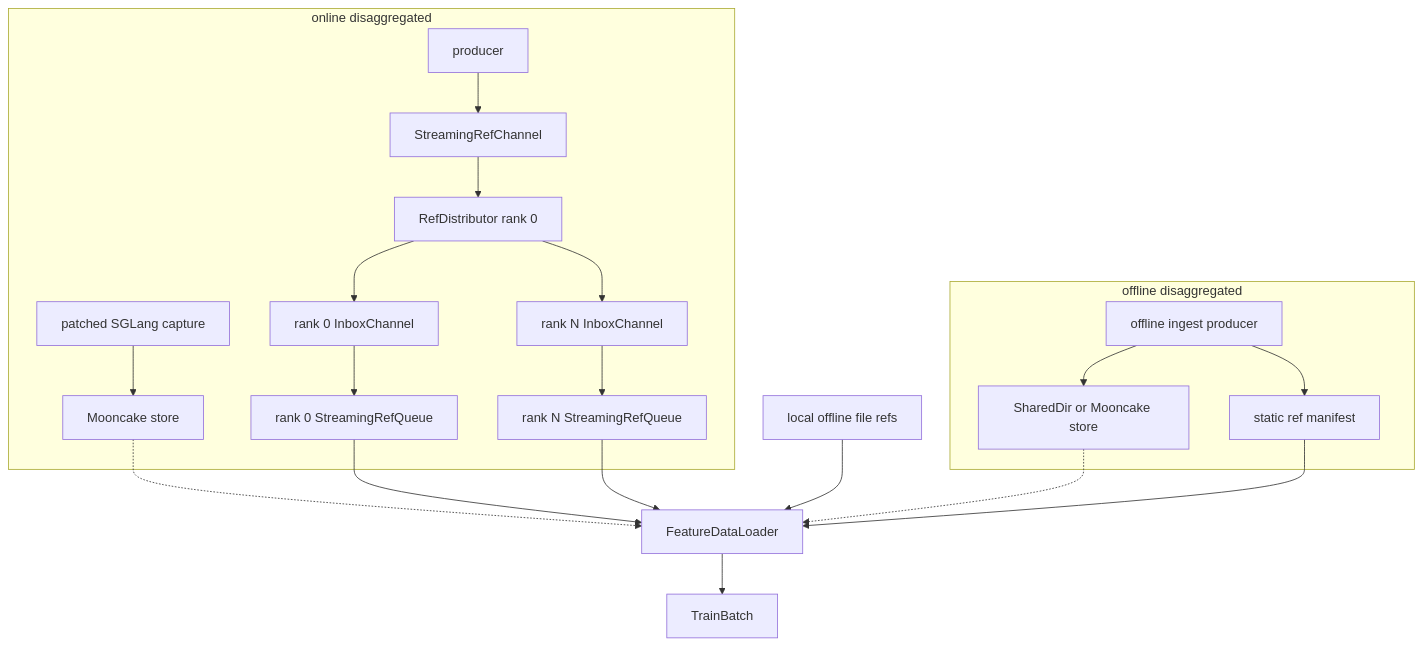
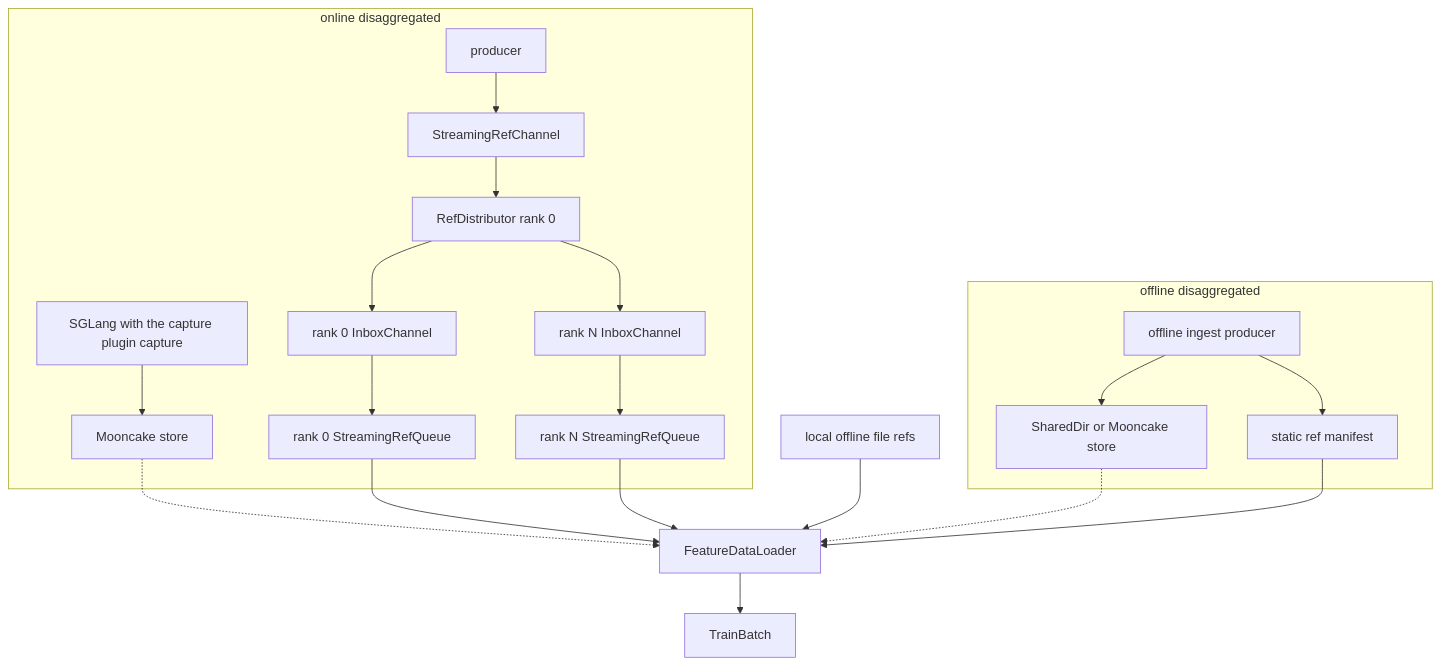
The diagram in specforge/runtime/data_plane/DESIGN.md (sgl-project/SpecForge), drawn with Mermaid before and after one commit. The commit also changed 41 other files, not shown here.

Commit message:
refactor(capture): remove legacy SGLang patch backends

````diff
--- a/specforge/runtime/data_plane/DESIGN.md
+++ b/specforge/runtime/data_plane/DESIGN.md
@@ -20,25 +20,25 @@
 ```mermaid
 flowchart TD
   subgraph DO[offline disaggregated]
     ING[offline ingest producer] --> DSTORE[SharedDir or Mooncake store]
     ING --> MAN[static ref manifest]
   end
 
   subgraph DON[online disaggregated]
-    SGC[patched SGLang capture] --> MC[Mooncake store]
+    SGC[SGLang with the capture plugin capture] --> MC[Mooncake store]
     OP[producer] --> SRC[StreamingRefChannel]
     SRC --> RD[RefDistributor rank 0]
     RD --> I0[rank 0 InboxChannel]
     RD --> IN[rank N InboxChannel]
     I0 --> Q0[rank 0 StreamingRefQueue]
     IN --> QN[rank N StreamingRefQueue]
   end
 
   OFF[local offline file refs] --> DL[FeatureDataLoader]
   MAN --> DL
   Q0 --> DL
   QN --> DL
   DSTORE -.-> DL
   MC -.-> DL
   DL --> TB[TrainBatch]
 ```
````
